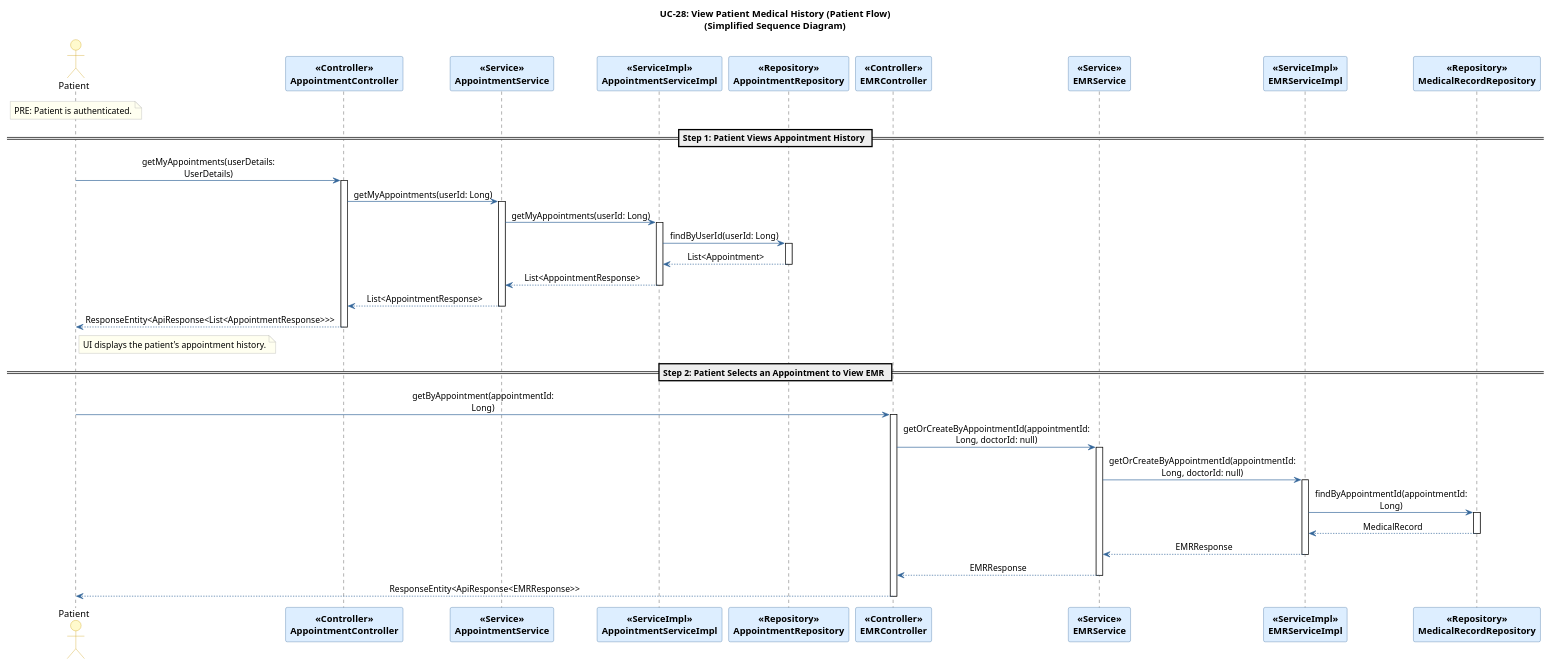
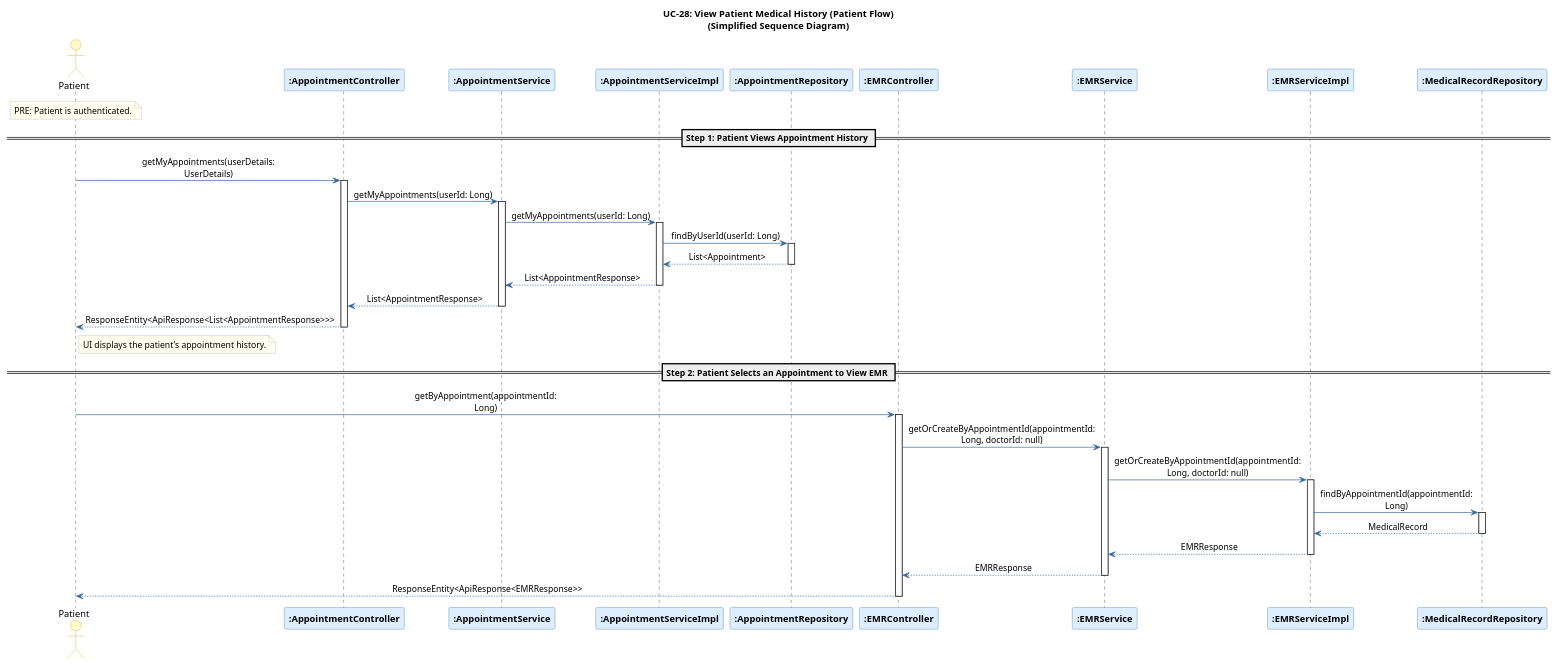
The diagram in docs/diagrams/UC28_ViewPatientMedicalHistory_Patient_SequenceDiagram.puml (Dmh304/Clinic-Management-System), drawn with PlantUML before and after one commit. The commit also changed 28 other files, not shown here.

```diff
--- a/docs/diagrams/UC28_ViewPatientMedicalHistory_Patient_SequenceDiagram.puml
+++ b/docs/diagrams/UC28_ViewPatientMedicalHistory_Patient_SequenceDiagram.puml
@@ -1,93 +1,93 @@
 @startuml UC28_ViewPatientMedicalHistory_Patient_SequenceDiagram
 <style>
 document {
   ParticipantPadding 10
   BoxPadding 10
 }
 </style>
 
 skinparam sequenceMessageAlign center
 skinparam responseMessageBelowArrow true
 skinparam maxMessageSize 250
 
 skinparam participant {
     BackgroundColor #DDEEFF
     BorderColor     #336699
     FontStyle       bold
 }
 skinparam actor {
     BackgroundColor #FFFACD
     BorderColor     #CC9900
 }
 skinparam note {
     BackgroundColor #FFFFF0
     BorderColor     #AAAAAA
 }
 skinparam ArrowColor #336699
 skinparam LifeLineBorderColor #336699
 
 title UC-28: View Patient Medical History (Patient Flow)\n(Simplified Sequence Diagram)
 
 actor       "Patient"                               as Actor
-participant "<<Controller>>\nAppointmentController" as AC
-participant "<<Service>>\nAppointmentService"       as AS
-participant "<<ServiceImpl>>\nAppointmentServiceImpl" as ASImpl
-participant "<<Repository>>\nAppointmentRepository" as ARepo
-participant "<<Controller>>\nEMRController"         as EMRC
-participant "<<Service>>\nEMRService"               as EMRS
-participant "<<ServiceImpl>>\nEMRServiceImpl"        as EMRSImpl
-participant "<<Repository>>\nMedicalRecordRepository" as MRRepo
+participant ":AppointmentController" as AC
+participant ":AppointmentService"       as AS
+participant ":AppointmentServiceImpl" as ASImpl
+participant ":AppointmentRepository" as ARepo
+participant ":EMRController"         as EMRC
+participant ":EMRService"               as EMRS
+participant ":EMRServiceImpl"        as EMRSImpl
+participant ":MedicalRecordRepository" as MRRepo
 
 note over Actor
   PRE: Patient is authenticated.
 end note
 
 == Step 1: Patient Views Appointment History ==
 Actor -> AC : getMyAppointments(userDetails: UserDetails)
 activate AC
 
 AC -> AS : getMyAppointments(userId: Long)
 activate AS
 AS -> ASImpl : getMyAppointments(userId: Long)
 activate ASImpl
 
 ASImpl -> ARepo : findByUserId(userId: Long)
 activate ARepo
 ARepo --> ASImpl : List<Appointment>
 deactivate ARepo
 
 ASImpl --> AS : List<AppointmentResponse>
 deactivate ASImpl
 AS --> AC : List<AppointmentResponse>
 deactivate AS
 
 AC --> Actor : ResponseEntity<ApiResponse<List<AppointmentResponse>>>
 deactivate AC
 
 note right of Actor
   UI displays the patient's appointment history.
 end note
 
 == Step 2: Patient Selects an Appointment to View EMR ==
 Actor -> EMRC : getByAppointment(appointmentId: Long)
 activate EMRC
 
 EMRC -> EMRS : getOrCreateByAppointmentId(appointmentId: Long, doctorId: null)
 activate EMRS
 EMRS -> EMRSImpl : getOrCreateByAppointmentId(appointmentId: Long, doctorId: null)
 activate EMRSImpl
 
 EMRSImpl -> MRRepo : findByAppointmentId(appointmentId: Long)
 activate MRRepo
 MRRepo --> EMRSImpl : MedicalRecord
 deactivate MRRepo
 
 EMRSImpl --> EMRS : EMRResponse
 deactivate EMRSImpl
 EMRS --> EMRC : EMRResponse
 deactivate EMRS
 
 EMRC --> Actor : ResponseEntity<ApiResponse<EMRResponse>>
 deactivate EMRC
 
 @enduml
```
